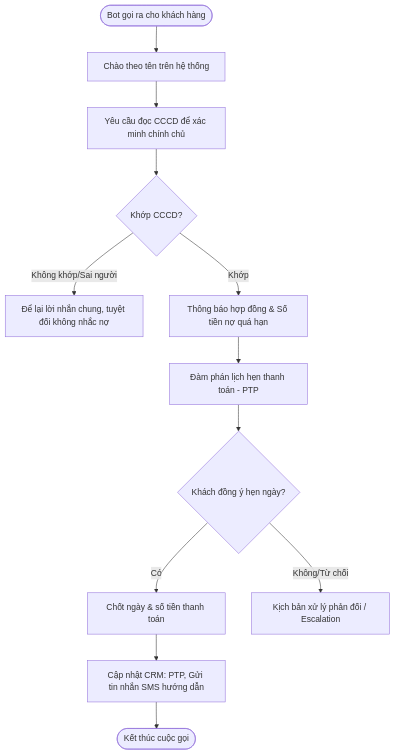
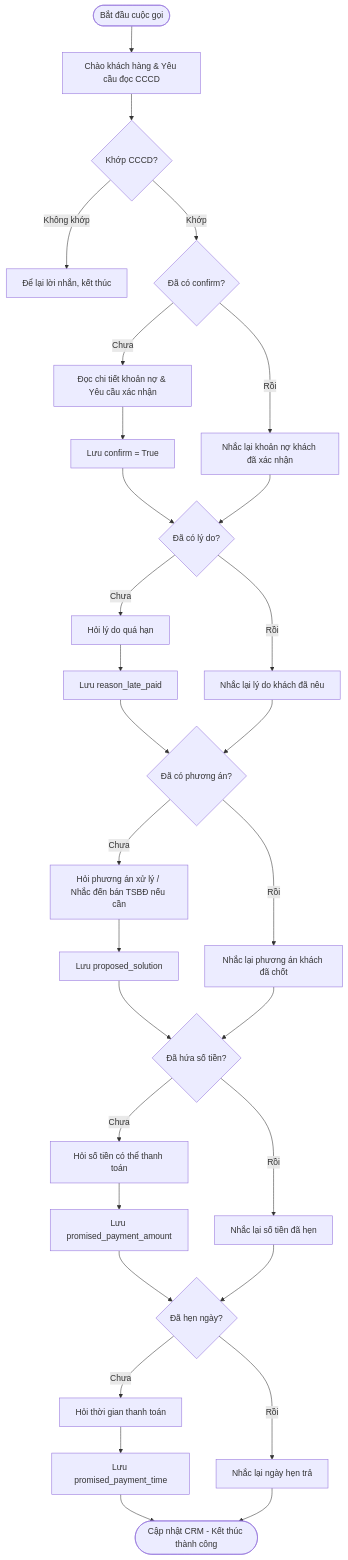
Before and after one commit to HuynhTri-dev/sa_hub_design: the diagram in docs/agents/debt_collection_agent_requirement.md, drawn with Mermaid. The commit also changed other lines of this file and 2 other files, not shown here.

Commit message:
refactor: migrate GET request schemas to query_params and update agent prompts to utilize dynamic customer variables

````diff
--- a/docs/agents/debt_collection_agent_requirement.md
+++ b/docs/agents/debt_collection_agent_requirement.md
@@ -44,14 +69,28 @@
 ```mermaid
 flowchart TD
-    Start([Bot gọi ra cho khách hàng]) --> Greeting[Chào theo tên trên hệ thống]
-    Greeting --> AskID[Yêu cầu đọc CCCD để xác minh chính chủ]
-    AskID --> VerifyID{Khớp CCCD?}
-    VerifyID -- Không khớp/Sai người --> WrongPerson[Để lại lời nhắn chung, tuyệt đối không nhắc nợ]
-    VerifyID -- Khớp --> AnnounceDebt[Thông báo hợp đồng & Số tiền nợ quá hạn]
-    AnnounceDebt --> Negotiate[Đàm phán lịch hẹn thanh toán - PTP]
-    Negotiate --> Agree{Khách đồng ý hẹn ngày?}
-    Agree -- Có --> ConfirmPTP[Chốt ngày & số tiền thanh toán]
-    ConfirmPTP --> API[Cập nhật CRM: PTP, Gửi tin nhắn SMS hướng dẫn]
-    API --> End([Kết thúc cuộc gọi])
-    Agree -- Không/Từ chối --> HandleObjection[Kịch bản xử lý phản đối / Escalation]
+    Start([Bắt đầu cuộc gọi]) --> Greeting[Chào khách hàng & Yêu cầu đọc CCCD]
+    Greeting --> VerifyID{Khớp CCCD?}
+    VerifyID -- Không khớp --> WrongPerson[Để lại lời nhắn, kết thúc]
+    VerifyID -- Khớp --> CheckConfirm{Đã có confirm?}
+    
+    CheckConfirm -- Chưa --> ReadDebtInfo[Đọc chi tiết khoản nợ & Yêu cầu xác nhận] --> SaveConfirm[Lưu confirm = True] --> CheckReason
+    CheckConfirm -- Rồi --> ConfirmOldDebt[Nhắc lại khoản nợ khách đã xác nhận] --> CheckReason
+    
+    CheckReason{Đã có lý do?}
+    CheckReason -- Chưa --> AskReason[Hỏi lý do quá hạn] --> SaveReason[Lưu reason_late_paid] --> CheckSolution
+    CheckReason -- Rồi --> ConfirmOldReason[Nhắc lại lý do khách đã nêu] --> CheckSolution
+    
+    CheckSolution{Đã có phương án?}
+    CheckSolution -- Chưa --> AskSolution[Hỏi phương án xử lý / Nhắc đến bán TSBĐ nếu cần] --> SaveSolution[Lưu proposed_solution] --> CheckAmount
+    CheckSolution -- Rồi --> ConfirmOldSolution[Nhắc lại phương án khách đã chốt] --> CheckAmount
+    
+    CheckAmount{Đã hứa số tiền?}
+    CheckAmount -- Chưa --> AskAmount[Hỏi số tiền có thể thanh toán] --> SaveAmount[Lưu promised_payment_amount] --> CheckTime
+    CheckAmount -- Rồi --> ConfirmOldAmount[Nhắc lại số tiền đã hẹn] --> CheckTime
+    
+    CheckTime{Đã hẹn ngày?}
+    CheckTime -- Chưa --> AskTime[Hỏi thời gian thanh toán] --> SaveTime[Lưu promised_payment_time] --> EndSuccess
+    CheckTime -- Rồi --> ConfirmOldTime[Nhắc lại ngày hẹn trả] --> EndSuccess
+    
+    EndSuccess([Cập nhật CRM - Kết thúc thành công])
 ```
````
